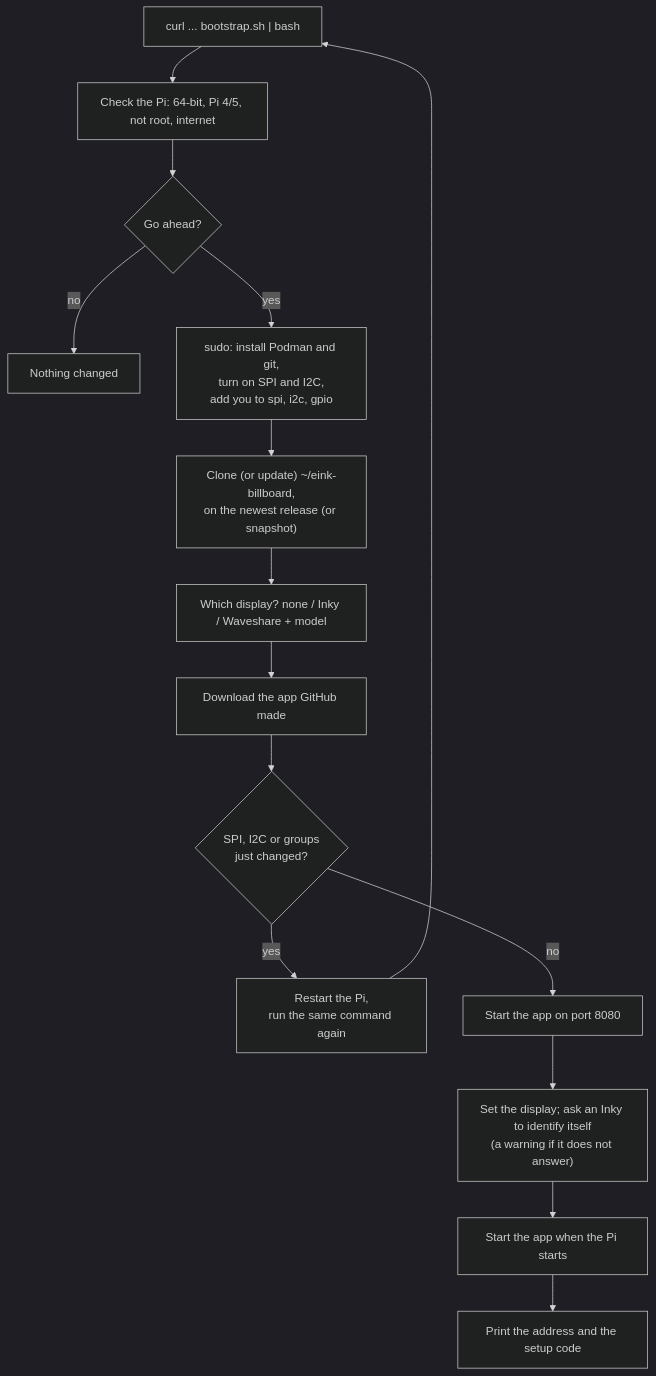
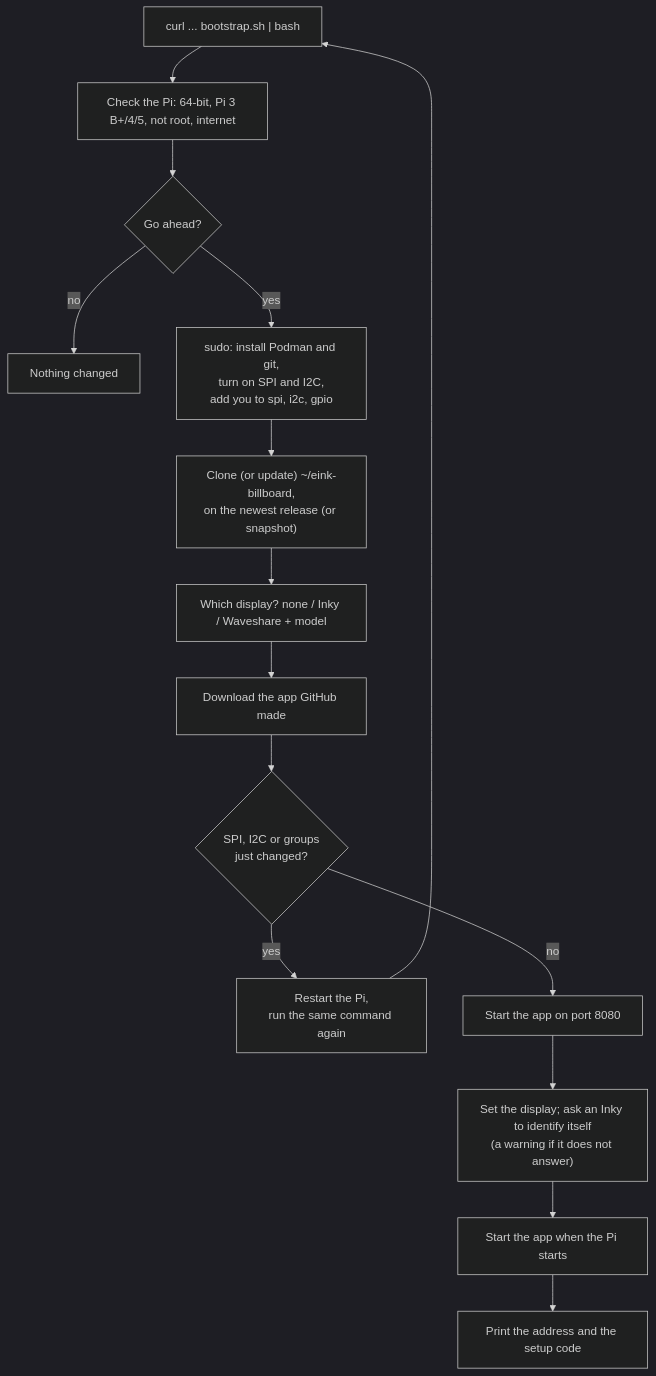
Before and after one commit to escape-llc/eink-billboard: the diagram in readme.md, drawn with Mermaid (dark theme). The commit also changed other lines of this file and 2 other files, not shown here.

````diff
--- a/readme.md
+++ b/readme.md
@@ -46,17 +46,17 @@
 ```mermaid
 flowchart TD
-    A["curl ... bootstrap.sh | bash"] --> B["Check the Pi: 64-bit, Pi 4/5, not root, internet"]
+    A["curl ... bootstrap.sh | bash"] --> B["Check the Pi: 64-bit, Pi 3 B+/4/5, not root, internet"]
     B --> C{"Go ahead?"}
     C -- no --> X["Nothing changed"]
     C -- yes --> D["sudo: install Podman and git,<br/>turn on SPI and I2C,<br/>add you to spi, i2c, gpio"]
     D --> E["Clone (or update) ~/eink-billboard,<br/>on the newest release (or snapshot)"]
     E --> F["Which display? none / Inky / Waveshare + model"]
     F --> G["Download the app GitHub made"]
     G --> H{"SPI, I2C or groups<br/>just changed?"}
     H -- yes --> R["Restart the Pi,<br/>run the same command again"]
     R --> A
     H -- no --> I["Start the app on port 8080"]
     I --> J["Set the display; ask an Inky to identify itself<br/>(a warning if it does not answer)"]
     J --> K["Start the app when the Pi starts"]
     K --> L["Print the address and the setup code"]
 ```
````
